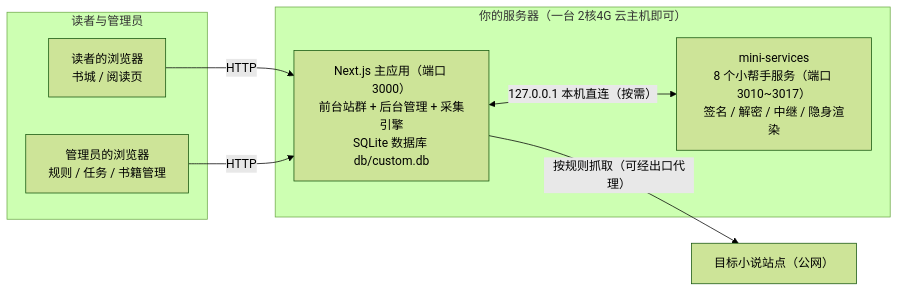
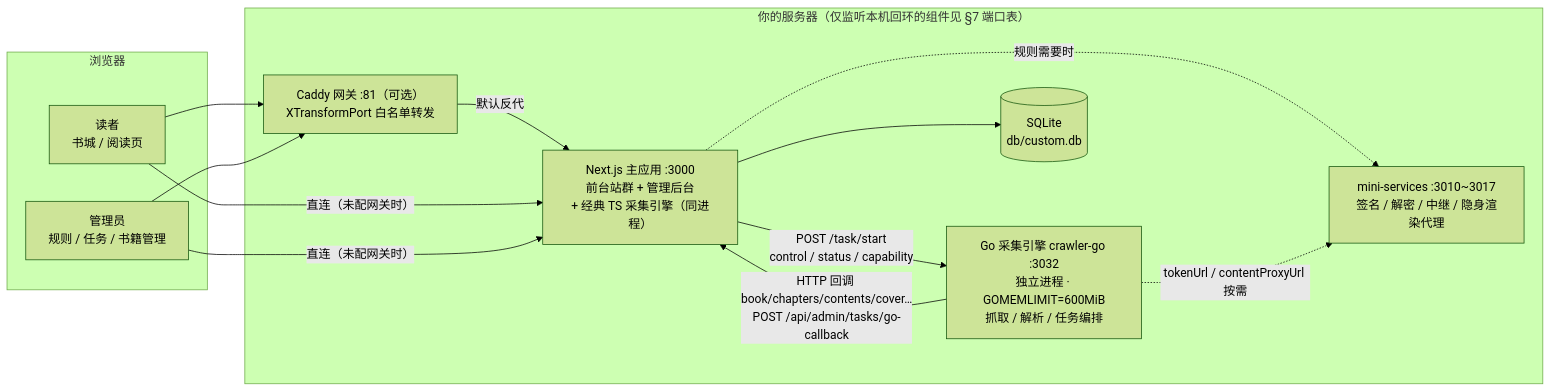
The first of 3 diagrams in docs/INSTALL-GUIDE.md (u4399com-beep/mhgl), drawn with Mermaid (forest theme) before and after one commit. The commit also changed other lines of this file and 49 other files, not shown here.

````diff
--- a/docs/INSTALL-GUIDE.md
+++ b/docs/INSTALL-GUIDE.md
@@ -43,16 +41,26 @@
 ```mermaid
 flowchart LR
-    subgraph 读者与管理员
-        R[读者的浏览器<br/>书城 / 阅读页]
-        A[管理员的浏览器<br/>规则 / 任务 / 书籍管理]
+    subgraph clients["浏览器"]
+        R["读者<br/>书城 / 阅读页"]
+        A["管理员<br/>规则 / 任务 / 书籍管理"]
     end
-    subgraph 你的服务器["你的服务器（一台 2核4G 云主机即可）"]
-        M["Next.js 主应用（端口 3000）<br/>前台站群 + 后台管理 + 采集引擎<br/>SQLite 数据库 db/custom.db"]
-        S["mini-services<br/>8 个小帮手服务（端口 3010~3017）<br/>签名 / 解密 / 中继 / 隐身渲染"]
+
+    subgraph host["你的服务器（仅监听本机回环的组件见 §7 端口表）"]
+        GW["Caddy 网关 :81（可选）<br/>XTransformPort 白名单转发"]
+        APP["Next.js 主应用 :3000<br/>前台站群 + 管理后台<br/>+ 经典 TS 采集引擎（同进程）"]
+        GO["Go 采集引擎 crawler-go :3032<br/>独立进程 · GOMEMLIMIT=600MiB<br/>抓取 / 解析 / 任务编排"]
+        DB[("SQLite<br/>db/custom.db")]
+        MS["mini-services :3010~3017<br/>签名 / 解密 / 中继 / 隐身渲染代理"]
     end
-    T["目标小说站点（公网）"]
-    R -- "HTTP" --> M
-    A -- "HTTP" --> M
-    M <-- "127.0.0.1 本机直连（按需）" --> S
-    M -- "按规则抓取（可经出口代理）" --> T
+
+    R --> GW
+    A --> GW
+    GW -->|"默认反代"| APP
+    R -->|"直连（未配网关时）"| APP
+    A -->|"直连（未配网关时）"| APP
+    APP --> DB
+    APP -->|"POST /task/start<br/>control / status / capability"| GO
+    GO -->|"HTTP 回调 book/chapters/contents/cover…<br/>POST /api/admin/tasks/go-callback"| APP
+    APP -.->|"规则需要时"| MS
+    GO -.->|"tokenUrl / contentProxyUrl 按需"| MS
 ```
````
